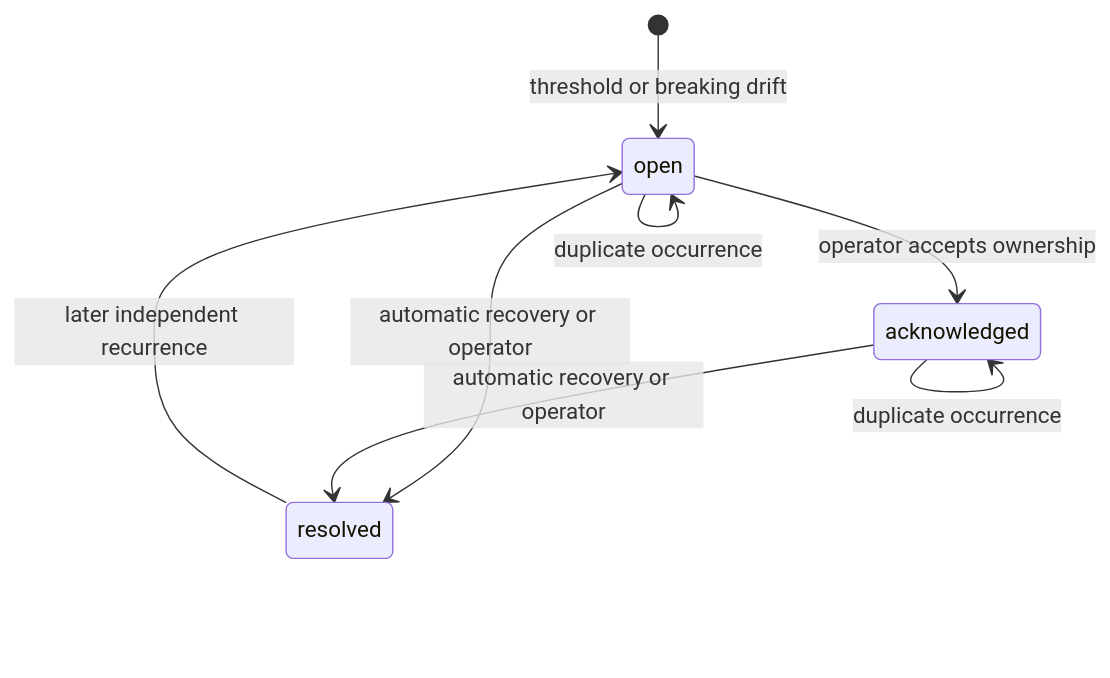
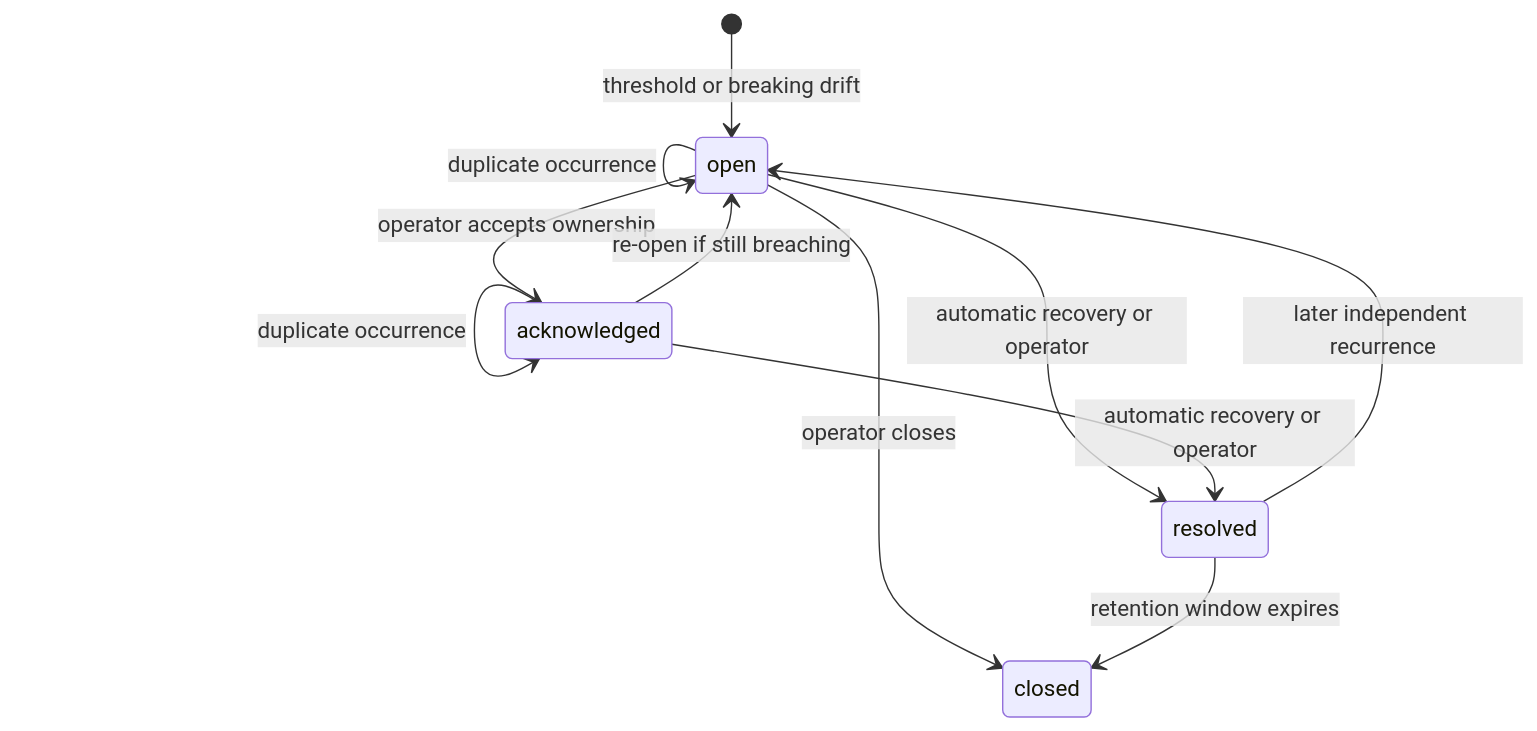
One commit to ivanprytula/api-observatory changed the diagram in docs/08-operations/dependency-incidents.md. Above: the diagram before and after it, drawn with Mermaid. The commit also changed 2 other files, not shown here.

Commit message:
docs(architecture): align container and incident docs with real status
Rewrite the system/container diagrams to show the feature-gated boundary
(Redis, Redpanda, inference, agent) instead of implying always-on components.
Consolidate the router map into domain groups and move per-router status
tracking to the evergreen engineering topics index. Relocate the incident
lifecycle state machine to the dependency incidents runbook as canonical and
point the architecture doc at it. Drop the README's standing-product-example
paragraph, leaving only the scope exclusion.

````diff
--- a/docs/08-operations/dependency-incidents.md
+++ b/docs/08-operations/dependency-incidents.md
@@ -19,10 +19,13 @@
 ```mermaid
 stateDiagram-v2
     [*] --> open: threshold or breaking drift
     open --> open: duplicate occurrence
     open --> acknowledged: operator accepts ownership
     open --> resolved: automatic recovery or operator
+    open --> closed: operator closes
     acknowledged --> acknowledged: duplicate occurrence
     acknowledged --> resolved: automatic recovery or operator
+    acknowledged --> open: re-open if still breaching
     resolved --> open: later independent recurrence
+    resolved --> closed: retention window expires
 ```
````
